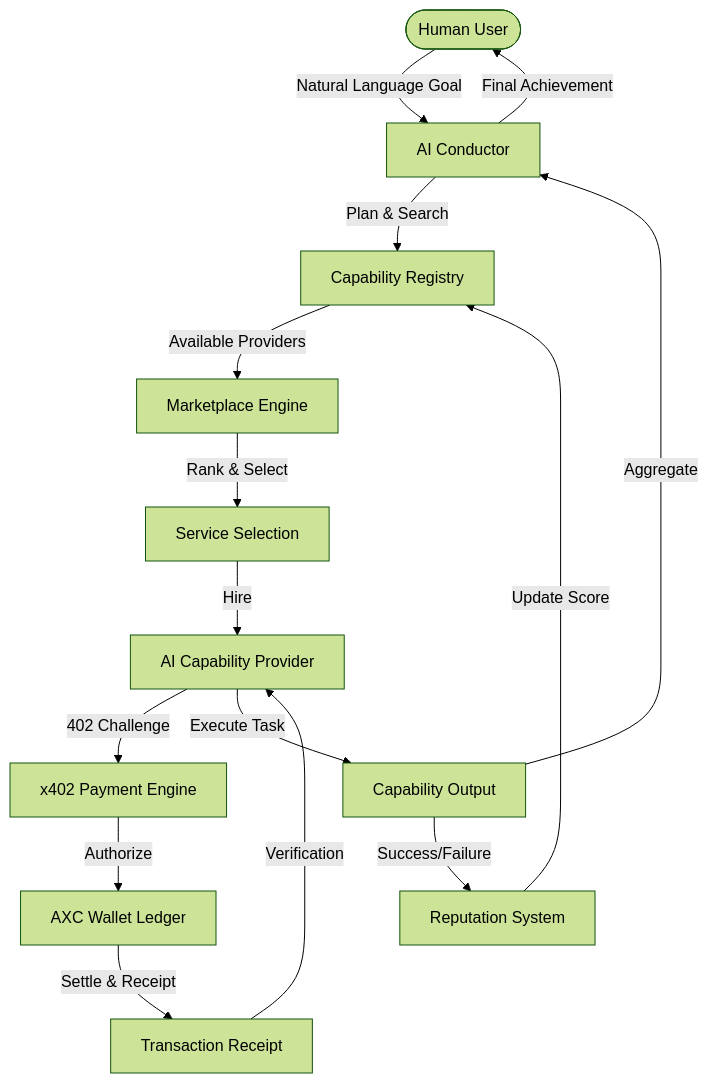
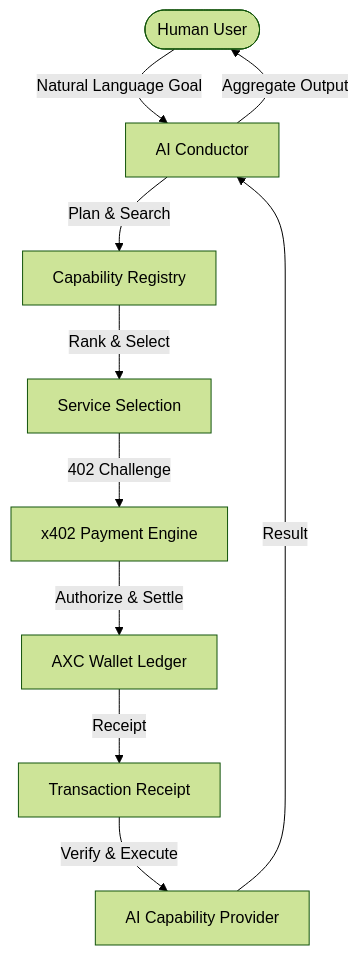
One commit to Oluwadaredaniel/axiom-network changed the diagram in README.md. Above: the diagram before and after it, drawn with Mermaid (forest theme). The commit also changed other lines of this file, not shown here.

````diff
--- a/README.md
+++ b/README.md
@@ -28,20 +23,12 @@
 ```mermaid
 graph TD
     User([Human User]) -->|Natural Language Goal| Conductor[AI Conductor]
     Conductor -->|Plan & Search| Registry[Capability Registry]
-    Registry -->|Available Providers| Marketplace[Marketplace Engine]
-    Marketplace -->|Rank & Select| Selection[Service Selection]
-    Selection -->|Hire| Service[AI Capability Provider]
-    
-    Service -->|402 Challenge| Payment[x402 Payment Engine]
-    Payment -->|Authorize| Wallet[AXC Wallet Ledger]
-    Wallet -->|Settle & Receipt| Receipt[Transaction Receipt]
-    Receipt -->|Verification| Service
-    
-    Service -->|Execute Task| Result[Capability Output]
-    Result -->|Aggregate| Conductor
-    Conductor -->|Final Achievement| User
-    
-    Result -->|Success/Failure| Reputation[Reputation System]
-    Reputation -->|Update Score| Registry
+    Registry -->|Rank & Select| Selection[Service Selection]
+    Selection -->|402 Challenge| Payment[x402 Payment Engine]
+    Payment -->|Authorize & Settle| Wallet[AXC Wallet Ledger]
+    Wallet -->|Receipt| Receipt[Transaction Receipt]
+    Receipt -->|Verify & Execute| Service[AI Capability Provider]
+    Service -->|Result| Conductor
+    Conductor -->|Aggregate Output| User
 ```
````
